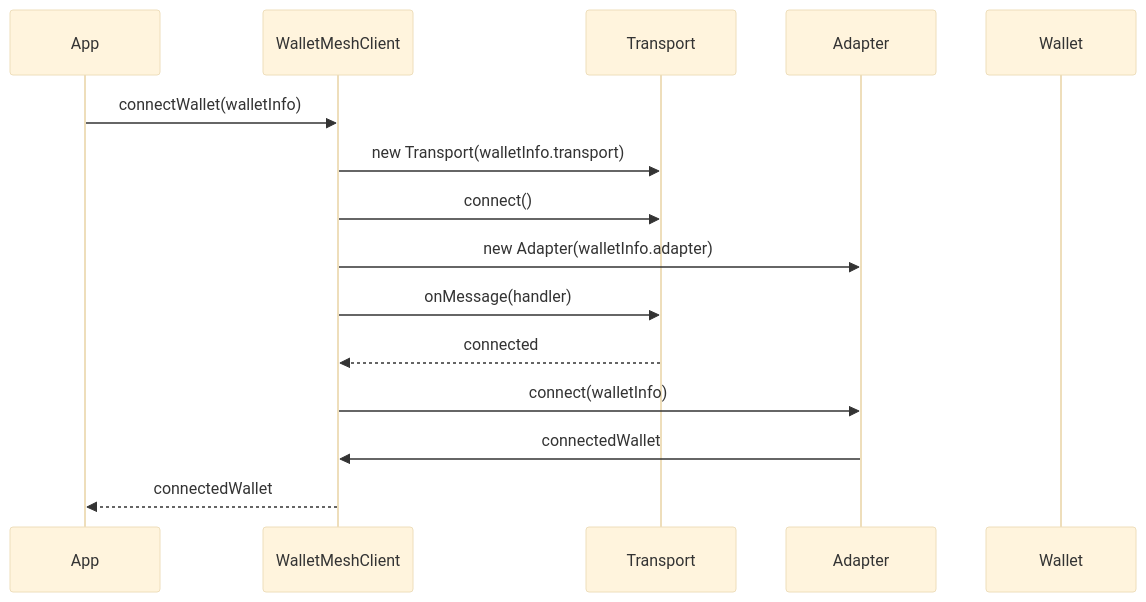
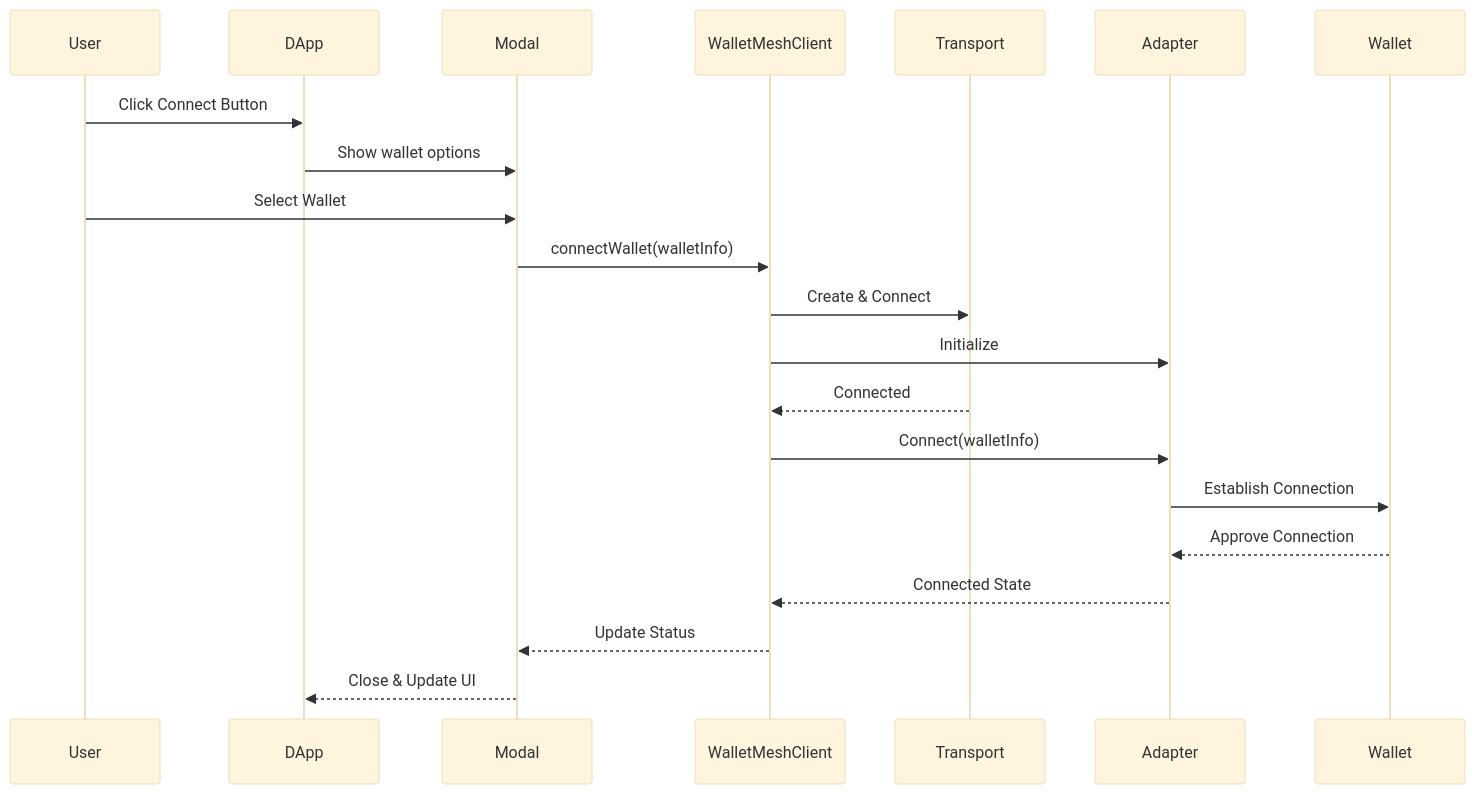
The first of 4 diagrams in core/modal/README.md (WalletMesh/walletmesh-packages), drawn with Mermaid (base theme) before and after one commit. The commit also changed other lines of this file and 9 other files, not shown here.

````diff
--- a/core/modal/README.md
+++ b/core/modal/README.md
@@ -68,18 +48,24 @@
 ```mermaid
 sequenceDiagram
-    participant App
+    participant User
+    participant DApp
+    participant Modal
     participant WalletMeshClient
     participant Transport
     participant Adapter
     participant Wallet
 
-    App->>WalletMeshClient: connectWallet(walletInfo)
-    WalletMeshClient->>Transport: new Transport(walletInfo.transport)
-    WalletMeshClient->>Transport: connect()
-    WalletMeshClient->>Adapter: new Adapter(walletInfo.adapter)
-    WalletMeshClient->>Transport: onMessage(handler)
-    Transport-->>WalletMeshClient: connected
-    WalletMeshClient->>Adapter: connect(walletInfo)
-    Adapter->>WalletMeshClient: connectedWallet
-    WalletMeshClient-->>App: connectedWallet
+    User->>DApp: Click Connect Button
+    DApp->>Modal: Show wallet options
+    User->>Modal: Select Wallet
+    Modal->>WalletMeshClient: connectWallet(walletInfo)
+    WalletMeshClient->>Transport: Create & Connect
+    WalletMeshClient->>Adapter: Initialize
+    Transport-->>WalletMeshClient: Connected
+    WalletMeshClient->>Adapter: Connect(walletInfo)
+    Adapter->>Wallet: Establish Connection
+    Wallet-->>Adapter: Approve Connection
+    Adapter-->>WalletMeshClient: Connected State
+    WalletMeshClient-->>Modal: Update Status
+    Modal-->>DApp: Close & Update UI
 ```
````
